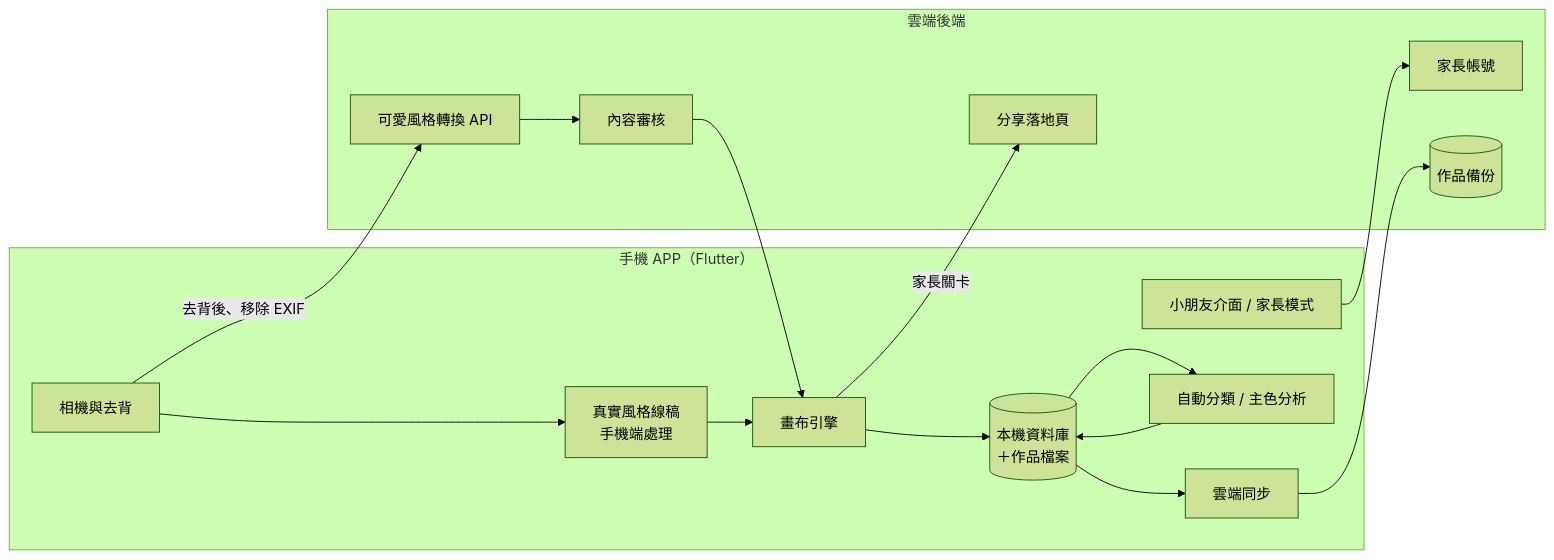
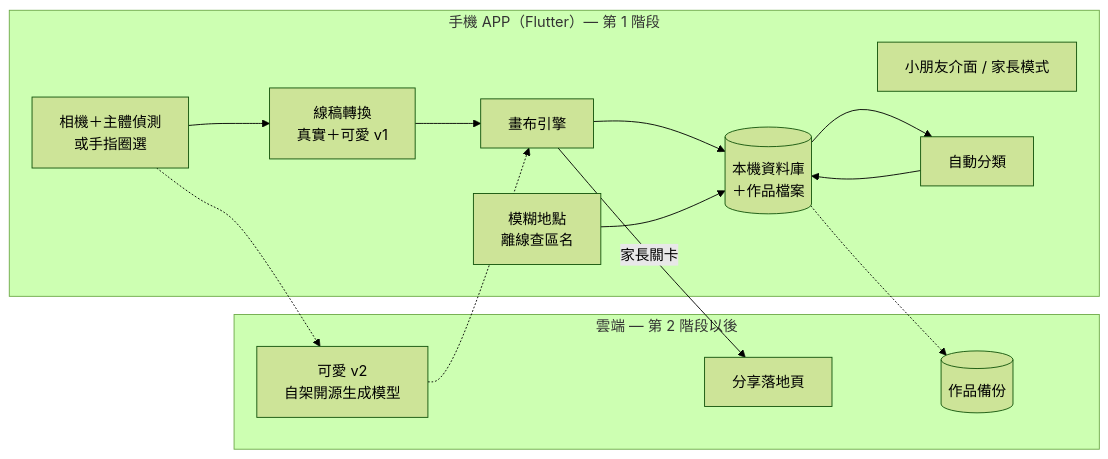
Before and after one commit to yaufan/APP_Kids_Paint: the diagram in docs/tech-architecture.md, drawn with Mermaid (forest theme). The commit also changed other lines of this file and 17 other files, not shown here.

````diff
--- a/docs/tech-architecture.md
+++ b/docs/tech-architecture.md
@@ -19,28 +22,25 @@
 ```mermaid
 flowchart LR
-  subgraph App["手機 APP（Flutter）"]
+  subgraph App["手機 APP（Flutter）— 第 1 階段"]
     UI[小朋友介面 / 家長模式]
-    Cam[相機與去背]
-    Line[真實風格線稿<br/>手機端處理]
+    Cam[相機＋主體偵測<br/>或手指圈選]
+    Line[線稿轉換<br/>真實＋可愛 v1]
     Canvas[畫布引擎]
-    ML[自動分類 / 主色分析]
+    ML[自動分類]
+    Geo[模糊地點<br/>離線查區名]
     DB[(本機資料庫<br/>＋作品檔案)]
-    Sync[雲端同步]
   end
 
-  subgraph Cloud["雲端後端"]
-    Auth[家長帳號]
+  subgraph Cloud["雲端 — 第 2 階段以後"]
     Store[(作品備份)]
-    AI[可愛風格轉換 API]
-    Mod[內容審核]
+    Gen[可愛 v2<br/>自架開源生成模型]
     Share[分享落地頁]
   end
 
   Cam --> Line --> Canvas --> DB
-  Cam -- 去背後、移除 EXIF --> AI
-  AI --> Mod --> Canvas
+  Geo --> DB
   DB --> ML --> DB
-  DB --> Sync --> Store
-  UI --> Auth
+  DB -.-> Store
+  Cam -.-> Gen -.-> Canvas
   Canvas -- 家長關卡 --> Share
 ```
````
